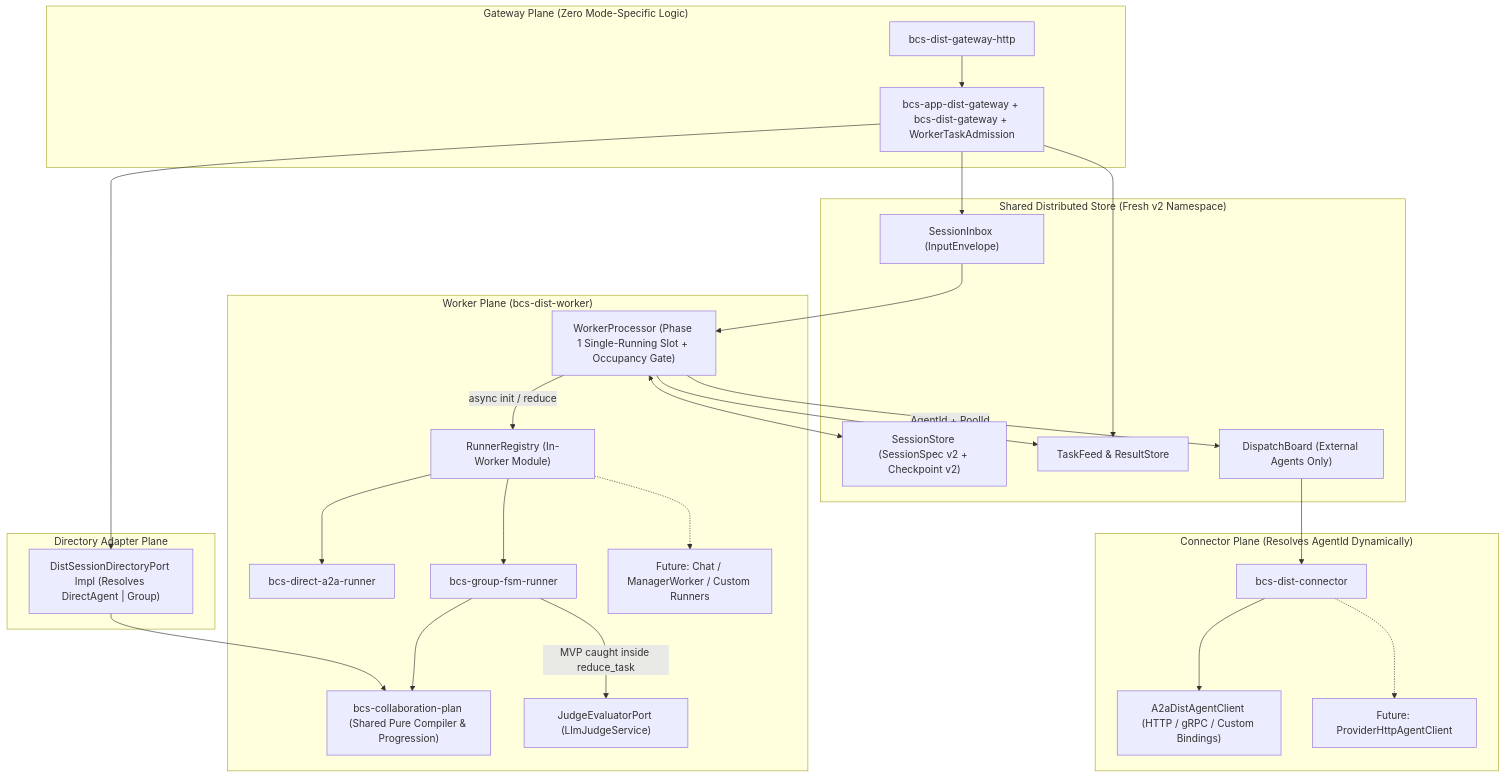
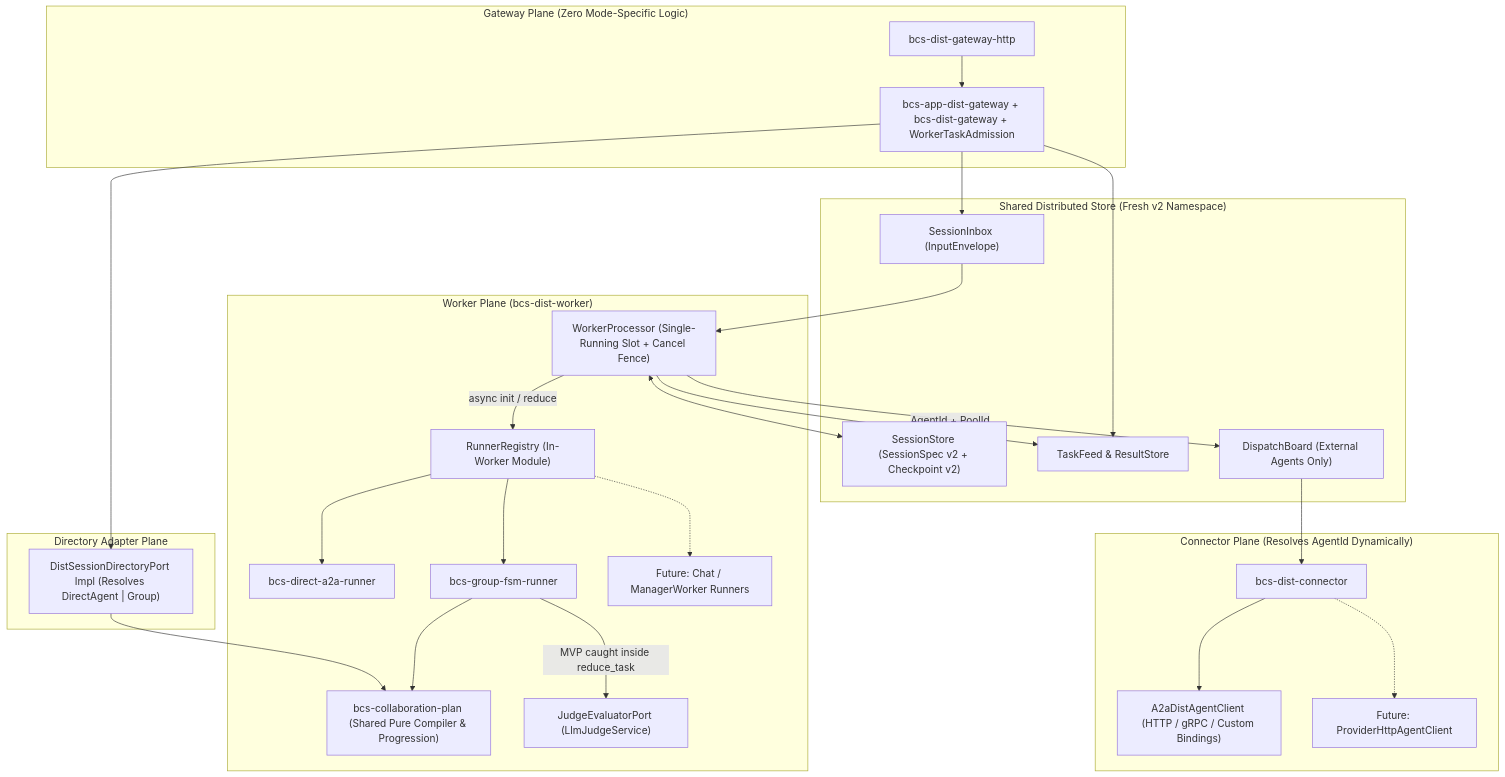
Before and after one commit to inclusionAI/Avernet: the diagram in apps/bcs/specs/2026-11-26-distributed-runner-spi/spec.md, drawn with Mermaid. The commit also changed other lines of this file, not shown here.

Commit message:
docs(bcs): replace occupancy ledger with event-driven cancel fence and refine SPI

````diff
--- a/apps/bcs/specs/2026-11-26-distributed-runner-spi/spec.md
+++ b/apps/bcs/specs/2026-11-26-distributed-runner-spi/spec.md
@@ -50,53 +50,53 @@
 ```mermaid
 flowchart TB
     subgraph GatewayPlane["Gateway Plane (Zero Mode-Specific Logic)"]
         GW_HTTP["bcs-dist-gateway-http"]
         GW_APP["bcs-app-dist-gateway + bcs-dist-gateway + WorkerTaskAdmission"]
     end
 
     subgraph DirectoryPlane["Directory Adapter Plane"]
         DIR["DistSessionDirectoryPort Impl (Resolves DirectAgent | Group)"]
     end
 
     subgraph SharedStore["Shared Distributed Store (Fresh v2 Namespace)"]
         INBOX["SessionInbox (InputEnvelope)"]
         CP["SessionStore (SessionSpec v2 + Checkpoint v2)"]
         FEED["TaskFeed & ResultStore"]
         DBOARD["DispatchBoard (External Agents Only)"]
     end
 
     subgraph WorkerPlane["Worker Plane (bcs-dist-worker)"]
-        PROC["WorkerProcessor (Phase 1 Single-Running Slot + Occupancy Gate)"]
+        PROC["WorkerProcessor (Single-Running Slot + Cancel Fence)"]
         ROUTER["RunnerRegistry (In-Worker Module)"]
         R_A2A["bcs-direct-a2a-runner"]
         R_FSM["bcs-group-fsm-runner"]
-        R_FUTURE["Future: Chat / ManagerWorker / Custom Runners"]
+        R_FUTURE["Future: Chat / ManagerWorker Runners"]
         PLAN["bcs-collaboration-plan (Shared Pure Compiler & Progression)"]
         JUDGE["JudgeEvaluatorPort (LlmJudgeService)"]
     end
 
     subgraph ConnectorPlane["Connector Plane (Resolves AgentId Dynamically)"]
         CONN["bcs-dist-connector"]
         A2A_CLIENT["A2aDistAgentClient (HTTP / gRPC / Custom Bindings)"]
         PROV_CLIENT["Future: ProviderHttpAgentClient"]
     end
 
     GW_HTTP --> GW_APP
     GW_APP --> DIR
     GW_APP --> INBOX
     GW_APP --> FEED
     DIR --> PLAN
     INBOX --> PROC
     PROC <--> CP
     PROC --> FEED
     PROC -->|"async init / reduce"| ROUTER
     ROUTER --> R_A2A
     ROUTER --> R_FSM
     ROUTER -.-> R_FUTURE
     R_FSM --> PLAN
     R_FSM -->|"MVP caught inside reduce_task"| JUDGE
     PROC -->|"AgentId + PoolId"| DBOARD
     DBOARD --> CONN
     CONN --> A2A_CLIENT
     CONN -.-> PROV_CLIENT
 ```
````
